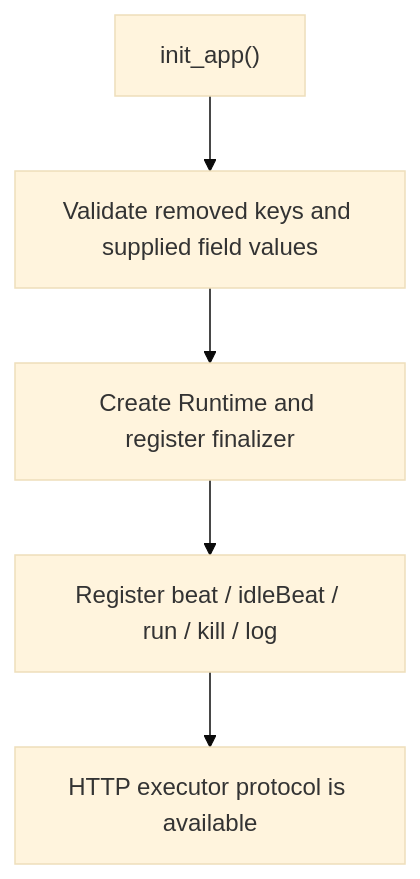
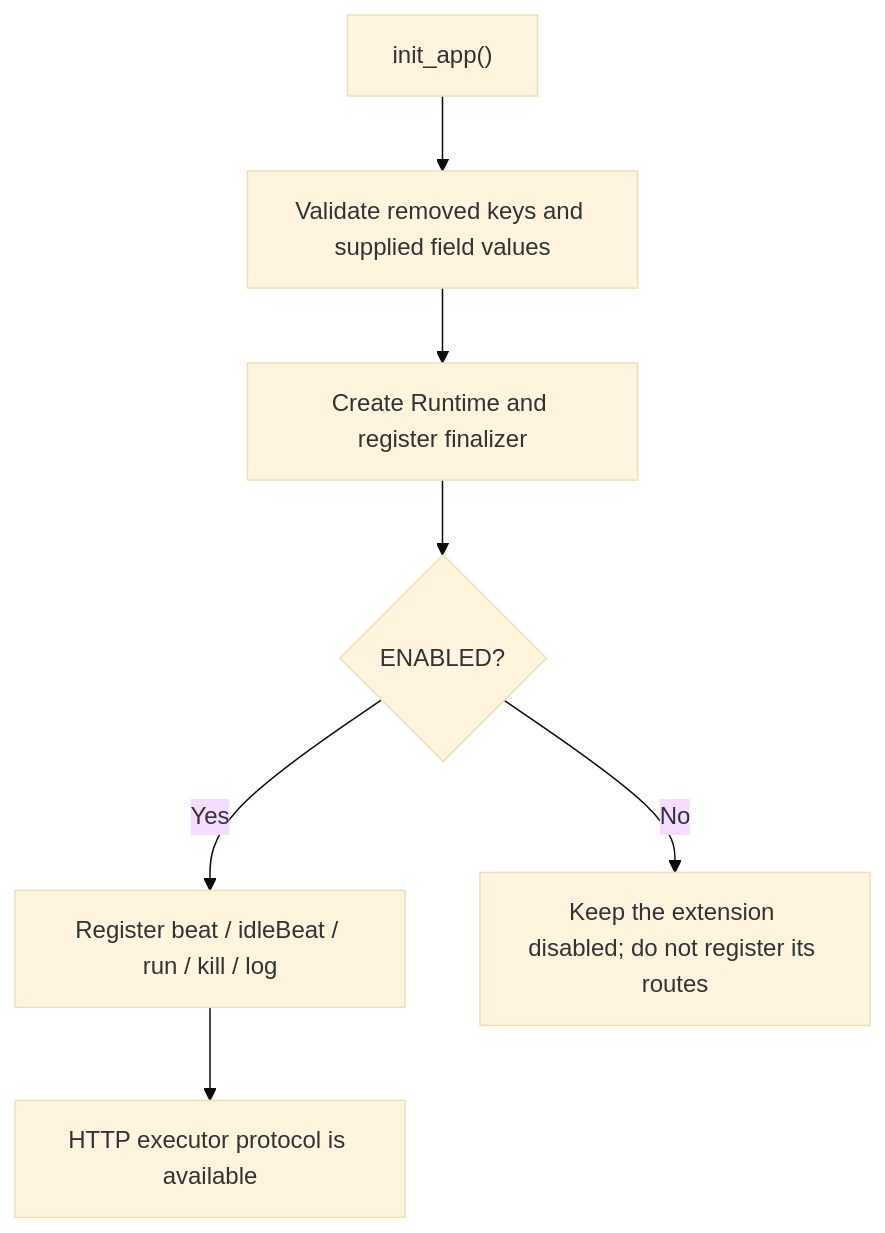
Before and after one commit to pumpkin-nbc/Flask-XXLJob: the first of 2 diagrams in docs/deployment.md, drawn with Mermaid (base theme). The commit also changed other lines of this file and 12 other files, not shown here.

````diff
--- a/docs/deployment.md
+++ b/docs/deployment.md
@@ -10,7 +11,9 @@
 ```mermaid
 flowchart TD
     A["init_app()"] --> B["Validate removed keys and supplied field values"]
     B --> C["Create Runtime and register finalizer"]
-    C --> D["Register beat / idleBeat / run / kill / log"]
-    D --> E["HTTP executor protocol is available"]
+    C --> D{"ENABLED?"}
+    D -->|"Yes"| E["Register beat / idleBeat / run / kill / log"]
+    E --> F["HTTP executor protocol is available"]
+    D -->|"No"| G["Keep the extension disabled; do not register its routes"]
 ```
````
